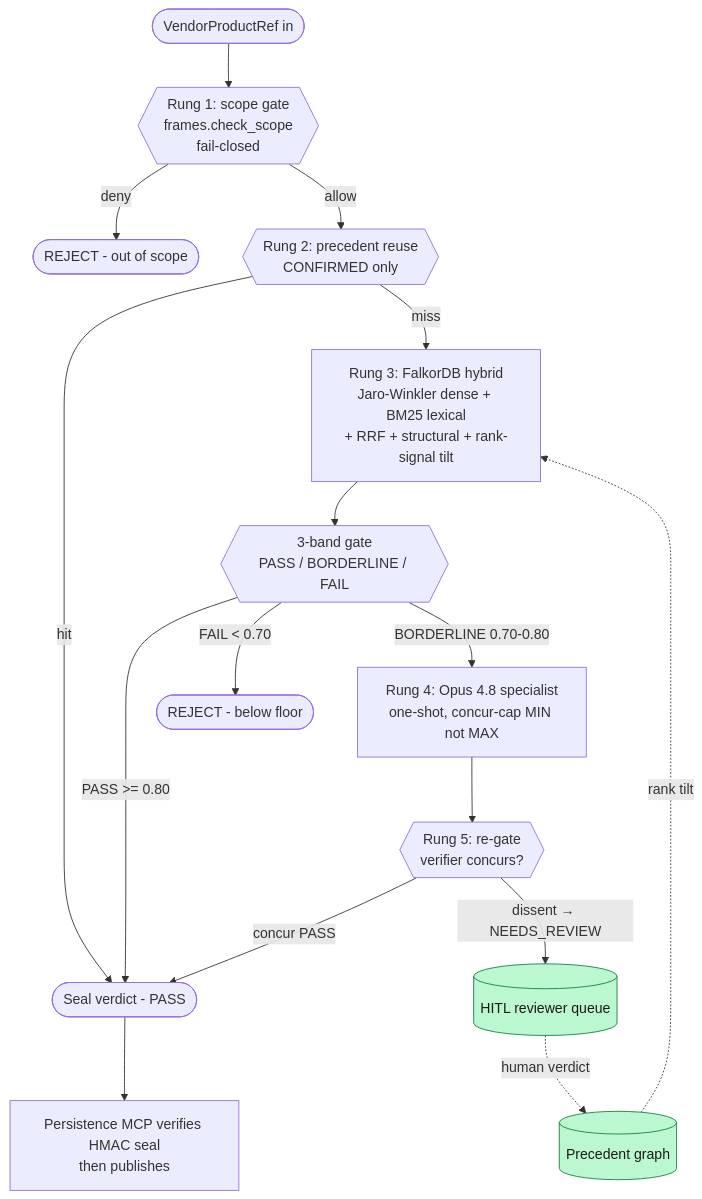
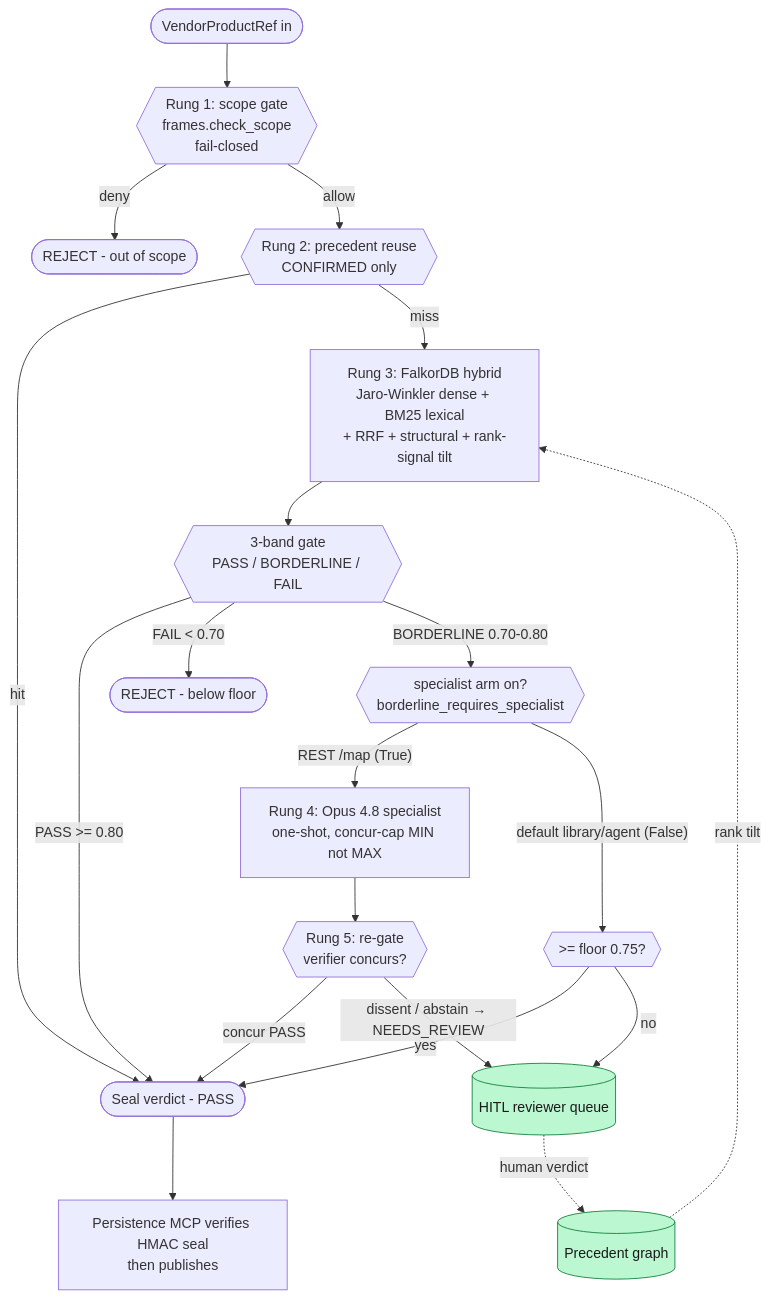
Before and after one commit to 2096955/MatchMaker: the second of 5 diagrams in README.md, drawn with Mermaid. The commit also changed other lines of this file and 13 other files, not shown here.

````diff
--- a/README.md
+++ b/README.md
@@ -129,21 +209,25 @@
 ```mermaid
 flowchart TD
     start([VendorProductRef in]) --> r1{{Rung 1: scope gate<br/>frames.check_scope<br/>fail-closed}}
     r1 -->|deny| fail_scope([REJECT - out of scope])
     r1 -->|allow| r2{{Rung 2: precedent reuse<br/>CONFIRMED only}}
     r2 -->|hit| seal([Seal verdict - PASS])
     r2 -->|miss| r3[Rung 3: FalkorDB hybrid<br/>Jaro-Winkler dense + BM25 lexical<br/>+ RRF + structural + rank-signal tilt]
     r3 --> band{{3-band gate<br/>PASS / BORDERLINE / FAIL}}
     band -->|PASS >= 0.80| seal
     band -->|FAIL < 0.70| fail_low([REJECT - below floor])
-    band -->|BORDERLINE 0.70-0.80| r4[Rung 4: Opus 4.8 specialist<br/>one-shot, concur-cap MIN not MAX]
+    band -->|BORDERLINE 0.70-0.80| arm{{specialist arm on?<br/>borderline_requires_specialist}}
+    arm -->|"REST /map (True)"| r4[Rung 4: Opus 4.8 specialist<br/>one-shot, concur-cap MIN not MAX]
+    arm -->|"default library/agent (False)"| floorgate{{>= floor 0.75?}}
+    floorgate -->|yes| seal
+    floorgate -->|no| queue
     r4 --> r5{{Rung 5: re-gate<br/>verifier concurs?}}
     r5 -->|concur PASS| seal
-    r5 -->|dissent → NEEDS_REVIEW| queue[(HITL reviewer queue)]
+    r5 -->|dissent / abstain → NEEDS_REVIEW| queue[(HITL reviewer queue)]
     seal --> persist[Persistence MCP verifies HMAC seal<br/>then publishes]
     queue -.human verdict.-> precedent[(Precedent graph)]
     precedent -.rank tilt.-> r3
 
     classDef hitl fill:#bbf7d0,stroke:#15803d,color:#1a1a1a
     class queue,precedent hitl
 ```
````
